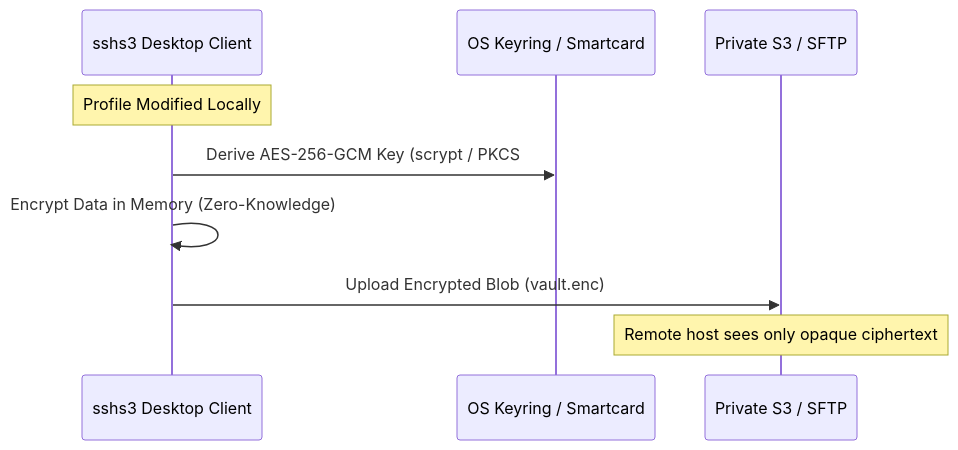
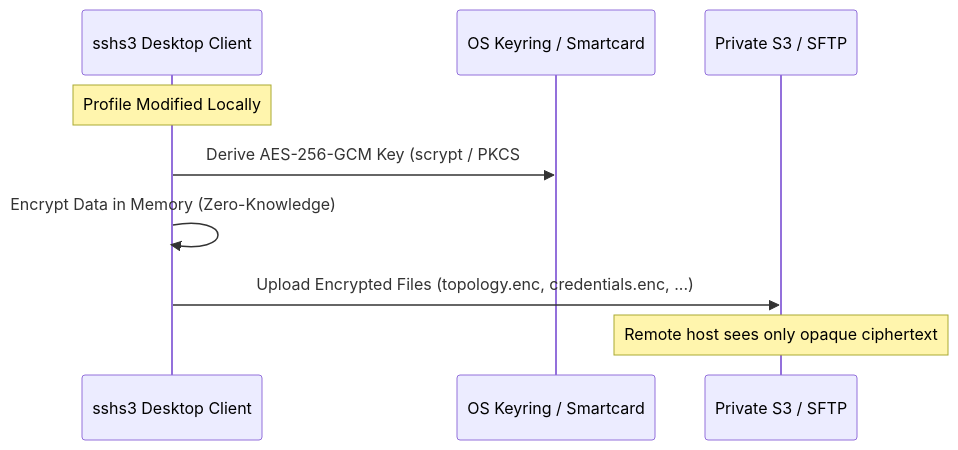
Before and after one commit to alun-hub/sshs3: the diagram in docs/user-guide/sync-environment.md, drawn with Mermaid. The commit also changed other lines of this file and 10 other files, not shown here.

````diff
--- a/docs/user-guide/sync-environment.md
+++ b/docs/user-guide/sync-environment.md
@@ -46,12 +46,12 @@
 ```mermaid
 sequenceDiagram
     participant App as sshs3 Desktop Client
     participant Keyring as OS Keyring / Smartcard
     participant Remote as Private S3 / SFTP
 
     Note over App: Profile Modified Locally
     App->>Keyring: Derive AES-256-GCM Key (scrypt / PKCS#11 Challenge)
     App->>App: Encrypt Data in Memory (Zero-Knowledge)
-    App->>Remote: Upload Encrypted Blob (vault.enc)
+    App->>Remote: Upload Encrypted Files (topology.enc, credentials.enc, ...)
     Note over Remote: Remote host sees only opaque ciphertext
 ```
````
